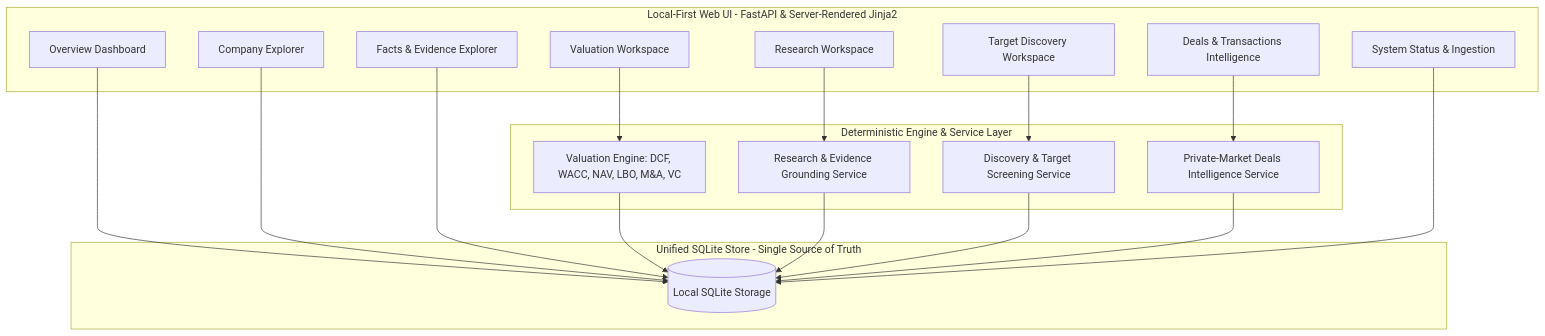
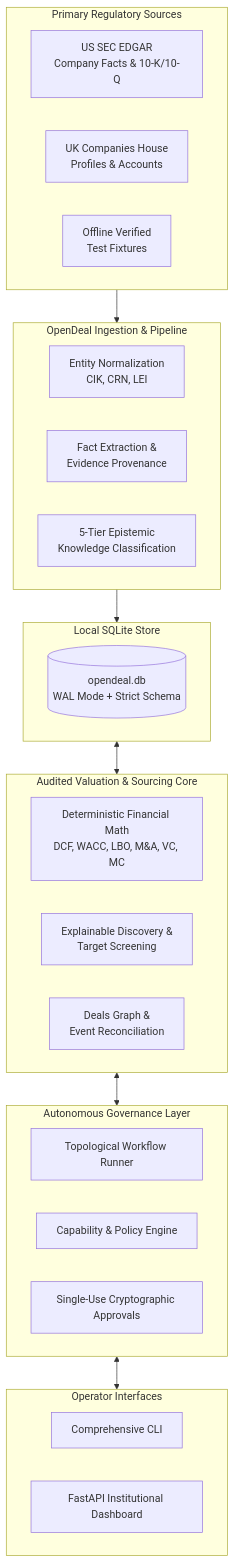
The first of 3 diagrams in README.md (udaydomadiya08/openDeal), drawn with Mermaid before and after one commit. The commit also changed other lines of this file and 1 other file, not shown here.

Commit message:
docs: enrich README with comprehensive open-source documentation and quickstart

````diff
--- a/README.md
+++ b/README.md
@@ -341,33 +62,41 @@
 ```mermaid
 flowchart TD
-    subgraph UI_Layer [Local-First Web UI - FastAPI & Server-Rendered Jinja2]
-        DASH[Overview Dashboard]
-        COMP[Company Explorer]
-        FACTS[Facts & Evidence Explorer]
-        VAL[Valuation Workspace]
-        RES[Research Workspace]
-        DISC[Target Discovery Workspace]
-        DEALS[Deals & Transactions Intelligence]
-        SYS[System Status & Ingestion]
+    subgraph Sources [Primary Regulatory Sources]
+        SEC[US SEC EDGAR\nCompany Facts & 10-K/10-Q]
+        CH[UK Companies House\nProfiles & Accounts]
+        LOCAL_SRC[Offline Verified\nTest Fixtures]
     end
 
-    subgraph Core_Engines [Deterministic Engine & Service Layer]
-        VAL_ENG[Valuation Engine: DCF, WACC, NAV, LBO, M&A, VC]
-        RES_SRV[Research & Evidence Grounding Service]
-        DISC_SRV[Discovery & Target Screening Service]
-        DEALS_SRV[Private-Market Deals Intelligence Service]
+    subgraph Core [OpenDeal Ingestion & Pipeline]
+        NORM[Entity Normalization\nCIK, CRN, LEI]
+        FACT[Fact Extraction &\nEvidence Provenance]
+        EPIST[5-Tier Epistemic\nKnowledge Classification]
     end
 
-    subgraph Storage_Layer [Unified SQLite Store - Single Source of Truth]
-        DB[(Local SQLite Storage)]
+    subgraph Persistence [Local SQLite Store]
+        DB[(opendeal.db\nWAL Mode + Strict Schema)]
     end
 
-    DASH --> DB
-    COMP --> DB
-    FACTS --> DB
-    VAL --> VAL_ENG --> DB
-    RES --> RES_SRV --> DB
-    DISC --> DISC_SRV --> DB
-    DEALS --> DEALS_SRV --> DB
-    SYS --> DB
+    subgraph Engines [Audited Valuation & Sourcing Core]
+        VAL[Deterministic Financial Math\nDCF, WACC, LBO, M&A, VC, MC]
+        DISC[Explainable Discovery &\nTarget Screening]
+        DEAL_INT[Deals Graph &\nEvent Reconciliation]
+    end
+
+    subgraph Agents [Autonomous Governance Layer]
+        ORCH[Topological Workflow Runner]
+        POL[Capability & Policy Engine]
+        APPR[Single-Use Cryptographic Approvals]
+    end
+
+    subgraph Interfaces [Operator Interfaces]
+        CLI[Comprehensive CLI]
+        UI[FastAPI Institutional Dashboard]
+    end
+
+    Sources --> Core
+    Core --> Persistence
+    Persistence <--> Engines
+    Engines <--> Agents
+    Agents <--> Interfaces
 ```
````
